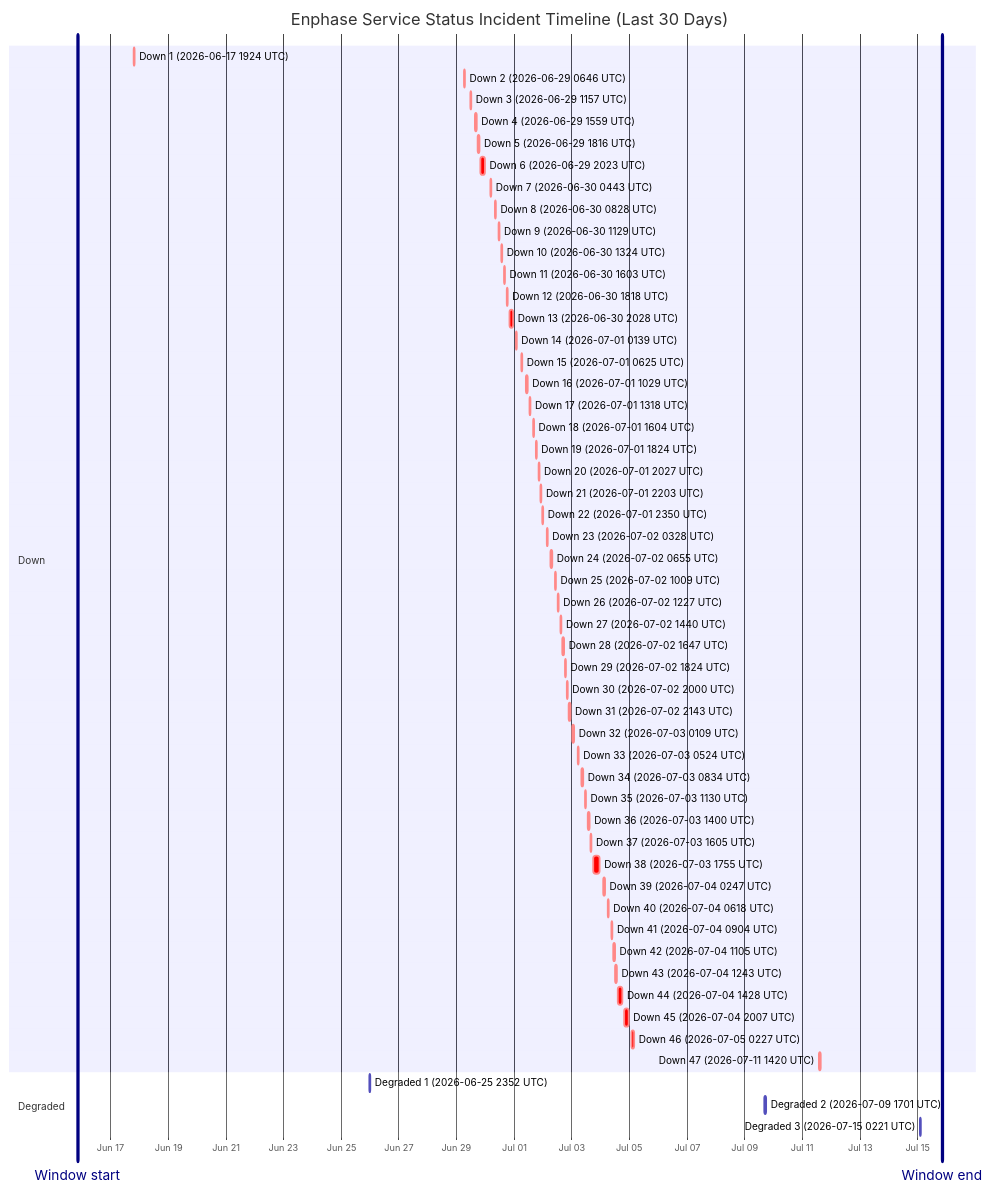
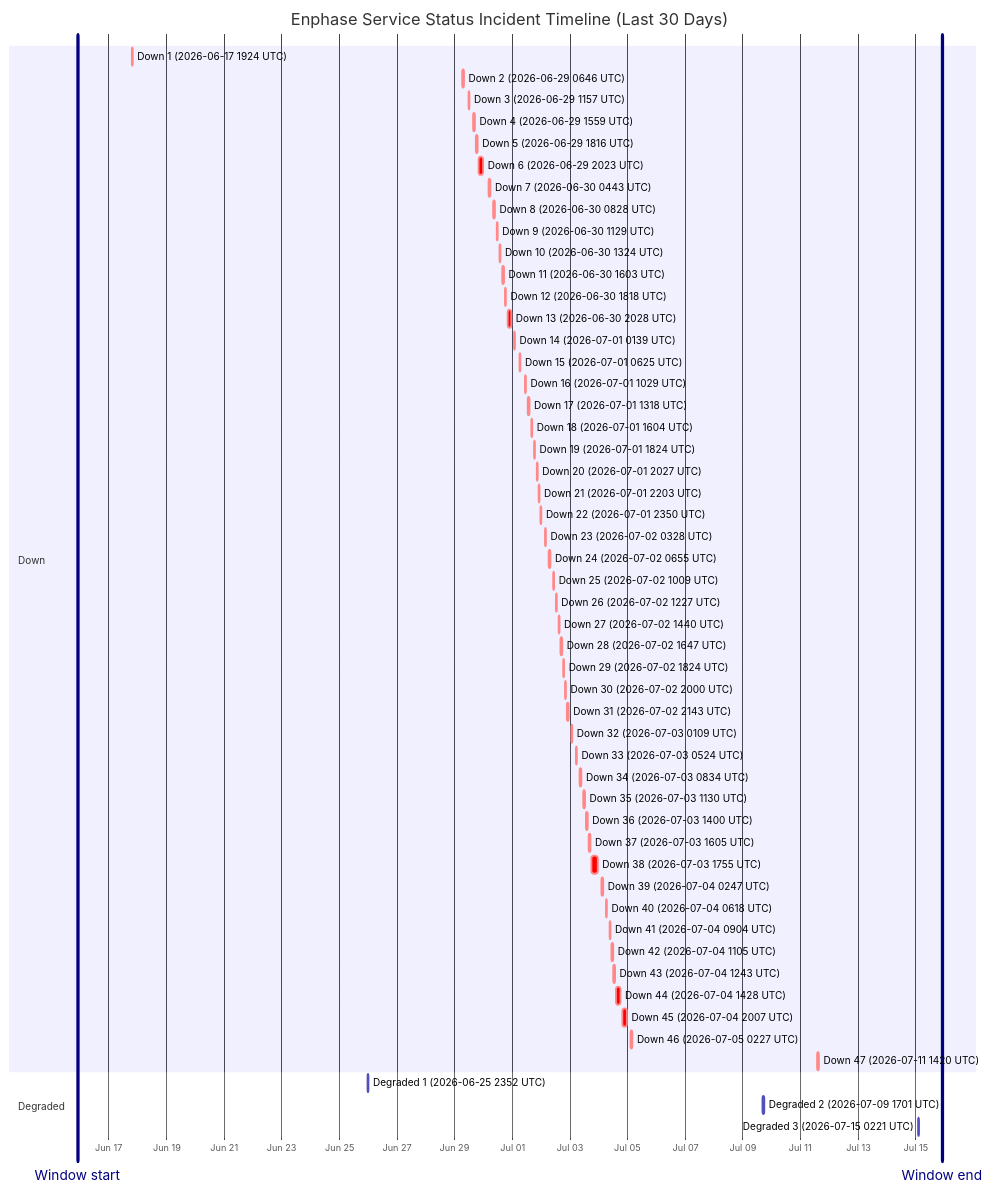
The diagram in wiki/Service-Status-History.md (barneyonline/ha-enphase-energy), drawn with Mermaid before and after one commit. The commit also changed other lines of this file and 3 other files, not shown here.

````diff
--- a/wiki/Service-Status-History.md
+++ b/wiki/Service-Status-History.md
@@ -14,60 +14,60 @@
 ```mermaid
 gantt
     title Enphase Service Status Incident Timeline (Last 30 Days)
     dateFormat  YYYY-MM-DDTHH:mm:ss
     axisFormat  %b %d
-    Window start :vert, window-start, 2026-06-15T20:32:22, 0ms
-    Window end :vert, window-end, 2026-07-15T20:32:22, 0ms
+    Window start :vert, window-start, 2026-06-15T21:58:48, 0ms
+    Window end :vert, window-end, 2026-07-15T21:58:48, 0ms
     section Down
     Down 1 (2026-06-17 1924 UTC) :crit, down-1, 2026-06-17T19:24:51, 60m
     Down 2 (2026-06-29 0646 UTC) :crit, down-2, 2026-06-29T06:46:18, 60m
     Down 3 (2026-06-29 1157 UTC) :crit, down-3, 2026-06-29T11:57:36, 60m
     Down 4 (2026-06-29 1559 UTC) :crit, down-4, 2026-06-29T15:59:02, 60m
     Down 5 (2026-06-29 1816 UTC) :crit, down-5, 2026-06-29T18:16:38, 60m
     Down 6 (2026-06-29 2023 UTC) :crit, down-6, 2026-06-29T20:23:16, 220m
     Down 7 (2026-06-30 0443 UTC) :crit, down-7, 2026-06-30T04:43:54, 60m
     Down 8 (2026-06-30 0828 UTC) :crit, down-8, 2026-06-30T08:28:43, 60m
     Down 9 (2026-06-30 1129 UTC) :crit, down-9, 2026-06-30T11:29:15, 60m
     Down 10 (2026-06-30 1324 UTC) :crit, down-10, 2026-06-30T13:24:25, 60m
     Down 11 (2026-06-30 1603 UTC) :crit, down-11, 2026-06-30T16:03:26, 60m
     Down 12 (2026-06-30 1818 UTC) :crit, down-12, 2026-06-30T18:18:39, 60m
     Down 13 (2026-06-30 2028 UTC) :crit, down-13, 2026-06-30T20:28:54, 171m
     Down 14 (2026-07-01 0139 UTC) :crit, down-14, 2026-07-01T01:39:18, 60m
     Down 15 (2026-07-01 0625 UTC) :crit, down-15, 2026-07-01T06:25:35, 60m
     Down 16 (2026-07-01 1029 UTC) :crit, down-16, 2026-07-01T10:29:24, 60m
     Down 17 (2026-07-01 1318 UTC) :crit, down-17, 2026-07-01T13:18:31, 60m
     Down 18 (2026-07-01 1604 UTC) :crit, down-18, 2026-07-01T16:04:29, 60m
     Down 19 (2026-07-01 1824 UTC) :crit, down-19, 2026-07-01T18:24:21, 60m
     Down 20 (2026-07-01 2027 UTC) :crit, down-20, 2026-07-01T20:27:17, 60m
     Down 21 (2026-07-01 2203 UTC) :crit, down-21, 2026-07-01T22:03:46, 60m
     Down 22 (2026-07-01 2350 UTC) :crit, down-22, 2026-07-01T23:50:52, 60m
     Down 23 (2026-07-02 0328 UTC) :crit, down-23, 2026-07-02T03:28:33, 60m
     Down 24 (2026-07-02 0655 UTC) :crit, down-24, 2026-07-02T06:55:07, 60m
     Down 25 (2026-07-02 1009 UTC) :crit, down-25, 2026-07-02T10:09:15, 60m
     Down 26 (2026-07-02 1227 UTC) :crit, down-26, 2026-07-02T12:27:49, 60m
     Down 27 (2026-07-02 1440 UTC) :crit, down-27, 2026-07-02T14:40:53, 60m
     Down 28 (2026-07-02 1647 UTC) :crit, down-28, 2026-07-02T16:47:47, 60m
     Down 29 (2026-07-02 1824 UTC) :crit, down-29, 2026-07-02T18:24:26, 60m
     Down 30 (2026-07-02 2000 UTC) :crit, down-30, 2026-07-02T20:00:57, 60m
     Down 31 (2026-07-02 2143 UTC) :crit, down-31, 2026-07-02T21:43:52, 80m
     Down 32 (2026-07-03 0109 UTC) :crit, down-32, 2026-07-03T01:09:19, 60m
     Down 33 (2026-07-03 0524 UTC) :crit, down-33, 2026-07-03T05:24:23, 60m
     Down 34 (2026-07-03 0834 UTC) :crit, down-34, 2026-07-03T08:34:05, 60m
     Down 35 (2026-07-03 1130 UTC) :crit, down-35, 2026-07-03T11:30:41, 60m
     Down 36 (2026-07-03 1400 UTC) :crit, down-36, 2026-07-03T14:00:48, 60m
     Down 37 (2026-07-03 1605 UTC) :crit, down-37, 2026-07-03T16:05:49, 60m
     Down 38 (2026-07-03 1755 UTC) :crit, down-38, 2026-07-03T17:55:54, 338m
     Down 39 (2026-07-04 0247 UTC) :crit, down-39, 2026-07-04T02:47:22, 60m
     Down 40 (2026-07-04 0618 UTC) :crit, down-40, 2026-07-04T06:18:09, 60m
     Down 41 (2026-07-04 0904 UTC) :crit, down-41, 2026-07-04T09:04:41, 60m
     Down 42 (2026-07-04 1105 UTC) :crit, down-42, 2026-07-04T11:05:21, 60m
     Down 43 (2026-07-04 1243 UTC) :crit, down-43, 2026-07-04T12:43:25, 60m
     Down 44 (2026-07-04 1428 UTC) :crit, down-44, 2026-07-04T14:28:07, 243m
     Down 45 (2026-07-04 2007 UTC) :crit, down-45, 2026-07-04T20:07:50, 206m
     Down 46 (2026-07-05 0227 UTC) :crit, down-46, 2026-07-05T02:27:32, 109m
     Down 47 (2026-07-11 1420 UTC) :crit, down-47, 2026-07-11T14:20:54, 69m
     section Degraded
     Degraded 1 (2026-06-25 2352 UTC) :active, degraded-1, 2026-06-25T23:52:01, 60m
     Degraded 2 (2026-07-09 1701 UTC) :active, degraded-2, 2026-07-09T17:01:02, 60m
     Degraded 3 (2026-07-15 0221 UTC) :active, degraded-3, 2026-07-15T02:21:35, 60m
 ```
````
